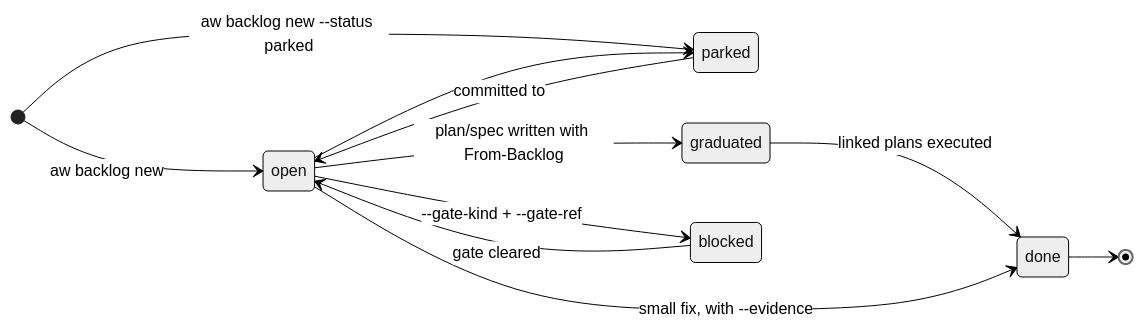
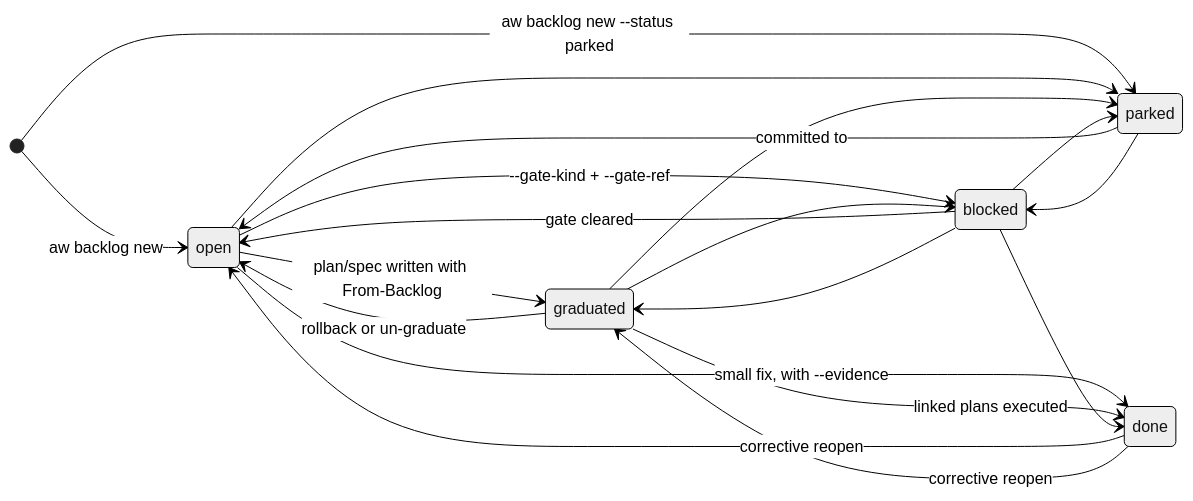
The fourth of 7 diagrams in docs/artifact-lifecycles.md (fariello/agent-workflows), drawn with Mermaid (neutral theme) before and after one commit. The commit also changed other lines of this file and 6 other files, not shown here.

````diff
--- a/docs/artifact-lifecycles.md
+++ b/docs/artifact-lifecycles.md
@@ -304,14 +304,22 @@
 ```mermaid
 stateDiagram-v2
     direction LR
     [*] --> open: aw backlog new
     [*] --> parked: aw backlog new --status parked
     open --> graduated: plan/spec written with From-Backlog
     open --> blocked: --gate-kind + --gate-ref
+    open --> parked
+    open --> done: small fix, with --evidence
+    graduated --> open: rollback or un-graduate
+    graduated --> blocked
+    graduated --> parked
+    graduated --> done: linked plans executed
     blocked --> open: gate cleared
-    open --> parked
+    blocked --> graduated
+    blocked --> parked
+    blocked --> done
     parked --> open: committed to
-    graduated --> done: linked plans executed
-    open --> done: small fix, with --evidence
-    done --> [*]
+    parked --> blocked
+    done --> open: corrective reopen
+    done --> graduated: corrective reopen
 ```
````
